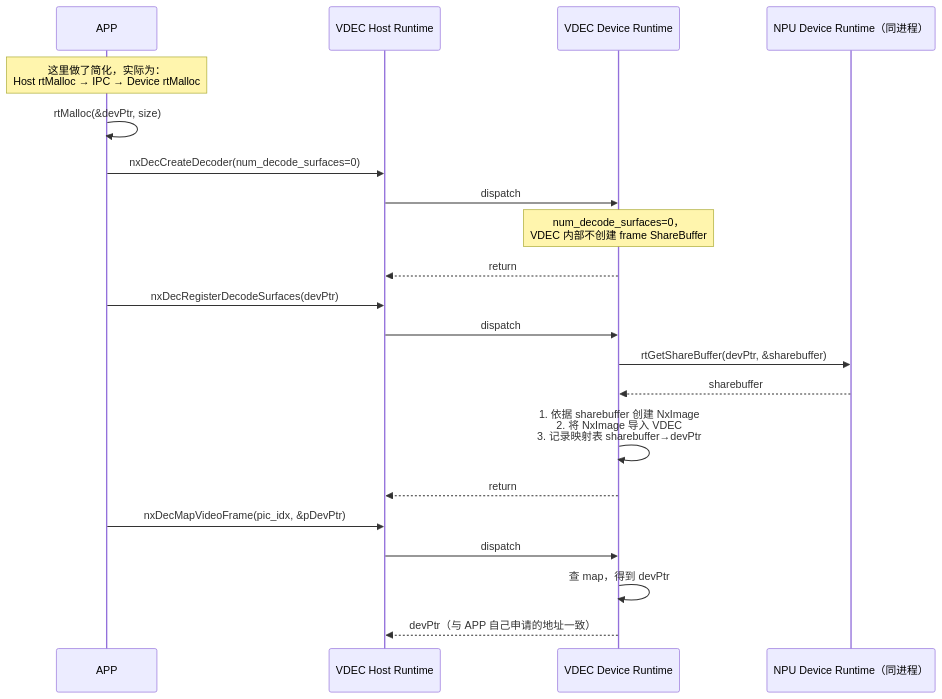
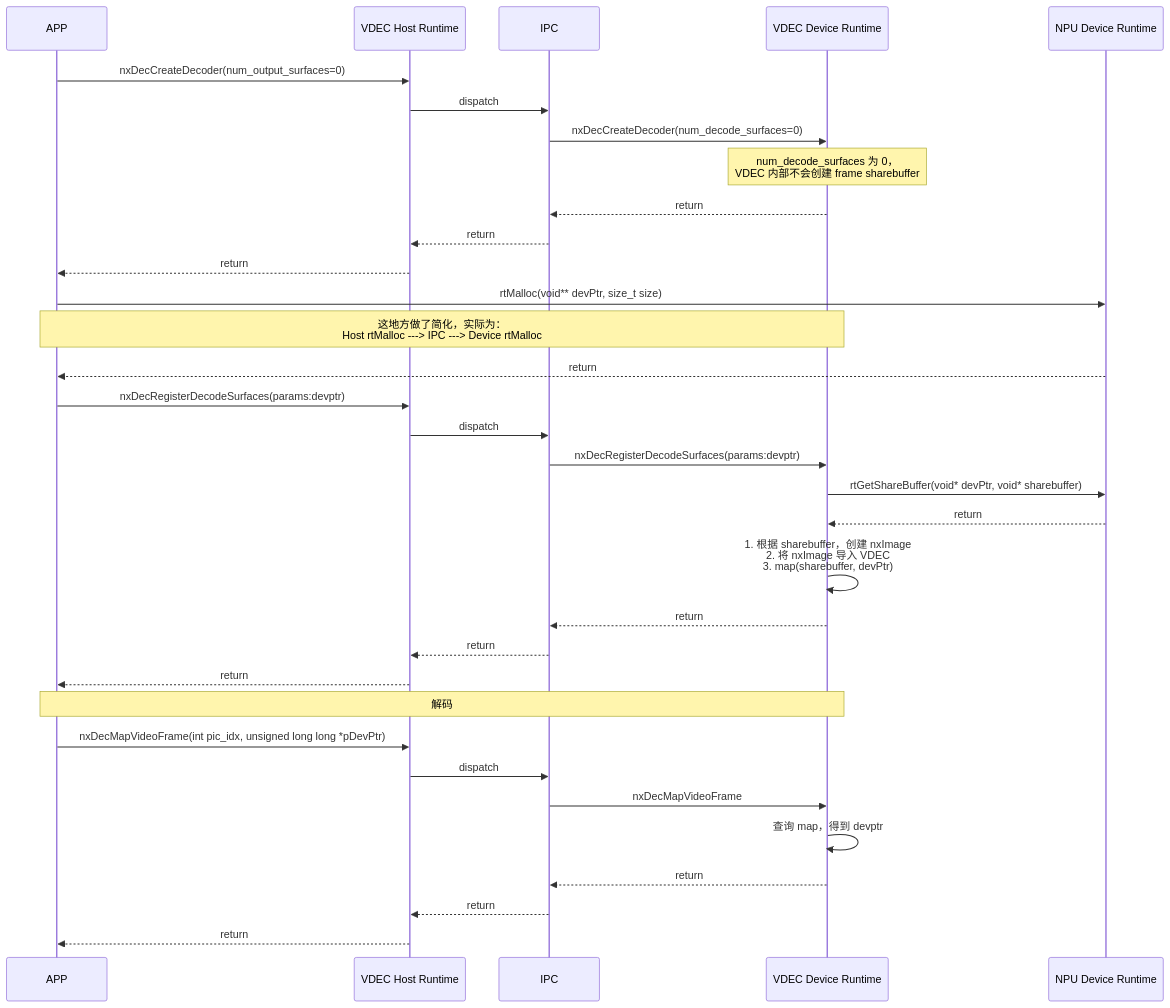
The sixth of 10 diagrams in 01_hardware_architecture/video_codec/01_inference_card_decode_interface_alignment.md (robertqd/AI-fundermentals), drawn with Mermaid before and after one commit. The commit also changed other lines of this file and 1 other file, not shown here.

First line of the commit message:
fix(docs): correct sequence diagrams to match original design diagrams

````diff
--- a/01_hardware_architecture/video_codec/01_inference_card_decode_interface_alignment.md
+++ b/01_hardware_architecture/video_codec/01_inference_card_decode_interface_alignment.md
@@ -892,26 +1030,40 @@
 ```mermaid
 sequenceDiagram
     participant APP
     participant Host as VDEC Host Runtime
+    participant IPC
     participant Dev as VDEC Device Runtime
-    participant NPU as NPU Device Runtime（同进程）
+    participant NPU as NPU Device Runtime
 
-    Note over APP: 这里做了简化，实际为：<br/>Host rtMalloc → IPC → Device rtMalloc
-    APP->>APP: rtMalloc(&devPtr, size)
-    APP->>Host: nxDecCreateDecoder(num_decode_surfaces=0)
-    Host->>Dev: dispatch
-    Note over Dev: num_decode_surfaces=0，<br/>VDEC 内部不创建 frame ShareBuffer
-    Dev-->>Host: return
+    APP->>Host: nxDecCreateDecoder(num_output_surfaces=0)
+    Host->>IPC: dispatch
+    IPC->>Dev: nxDecCreateDecoder(num_decode_surfaces=0)
+    Note over Dev: num_decode_surfaces 为 0，<br/>VDEC 内部不会创建 frame sharebuffer
+    Dev-->>IPC: return
+    IPC-->>Host: return
+    Host-->>APP: return
 
-    APP->>Host: nxDecRegisterDecodeSurfaces(devPtr)
-    Host->>Dev: dispatch
-    Dev->>NPU: rtGetShareBuffer(devPtr, &sharebuffer)
-    NPU-->>Dev: sharebuffer
-    Dev->>Dev: 1. 依据 sharebuffer 创建 NxImage<br/>2. 将 NxImage 导入 VDEC<br/>3. 记录映射表 sharebuffer→devPtr
-    Dev-->>Host: return
+    APP->>NPU: rtMalloc(void** devPtr, size_t size)
+    Note over APP,Dev: 这地方做了简化，实际为：<br/>Host rtMalloc ---> IPC ---> Device rtMalloc
+    NPU-->>APP: return
 
-    APP->>Host: nxDecMapVideoFrame(pic_idx, &pDevPtr)
-    Host->>Dev: dispatch
-    Dev->>Dev: 查 map，得到 devPtr
-    Dev-->>Host: devPtr（与 APP 自己申请的地址一致）
+    APP->>Host: nxDecRegisterDecodeSurfaces(params:devptr)
+    Host->>IPC: dispatch
+    IPC->>Dev: nxDecRegisterDecodeSurfaces(params:devptr)
+    Dev->>NPU: rtGetShareBuffer(void* devPtr, void* sharebuffer)
+    NPU-->>Dev: return
+    Dev->>Dev: 1. 根据 sharebuffer，创建 nxImage<br/>2. 将 nxImage 导入 VDEC<br/>3. map(sharebuffer, devPtr)
+    Dev-->>IPC: return
+    IPC-->>Host: return
+    Host-->>APP: return
+
+    Note over APP,Dev: 解码
+
+    APP->>Host: nxDecMapVideoFrame(int pic_idx, unsigned long long *pDevPtr)
+    Host->>IPC: dispatch
+    IPC->>Dev: nxDecMapVideoFrame
+    Dev->>Dev: 查询 map，得到 devptr
+    Dev-->>IPC: return
+    IPC-->>Host: return
+    Host-->>APP: return
 ```
````
